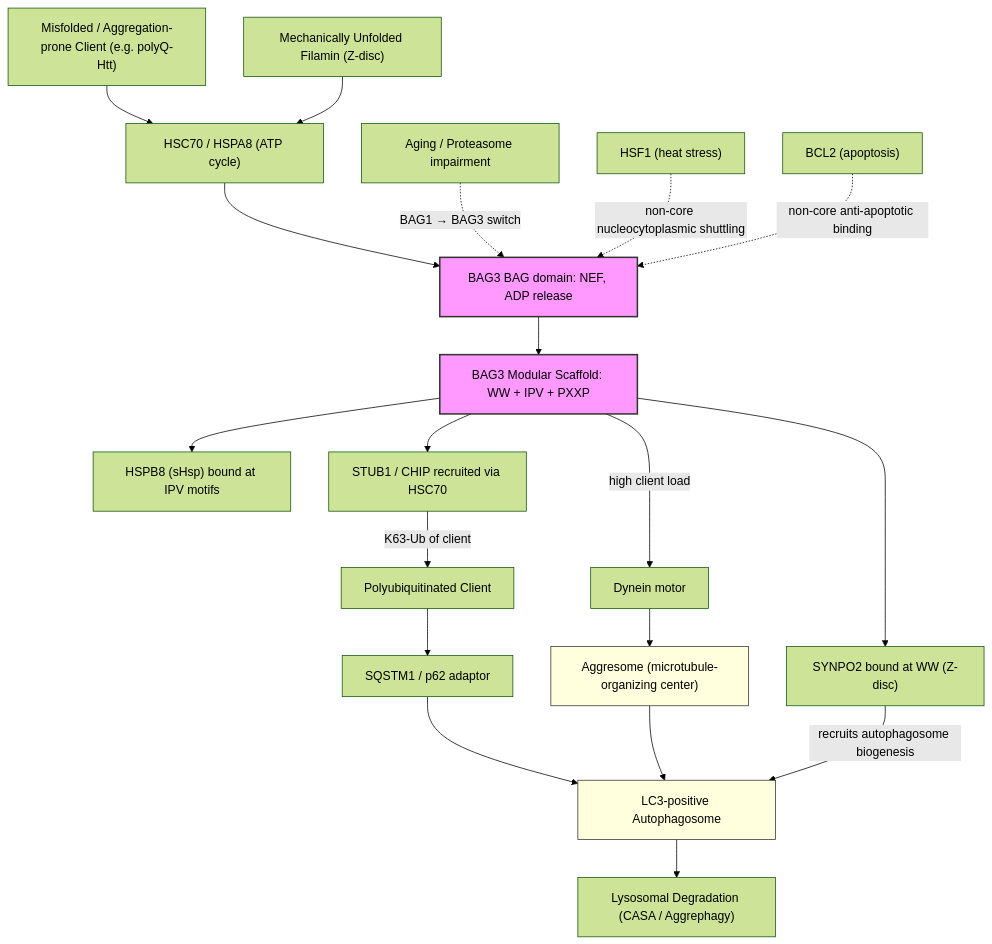
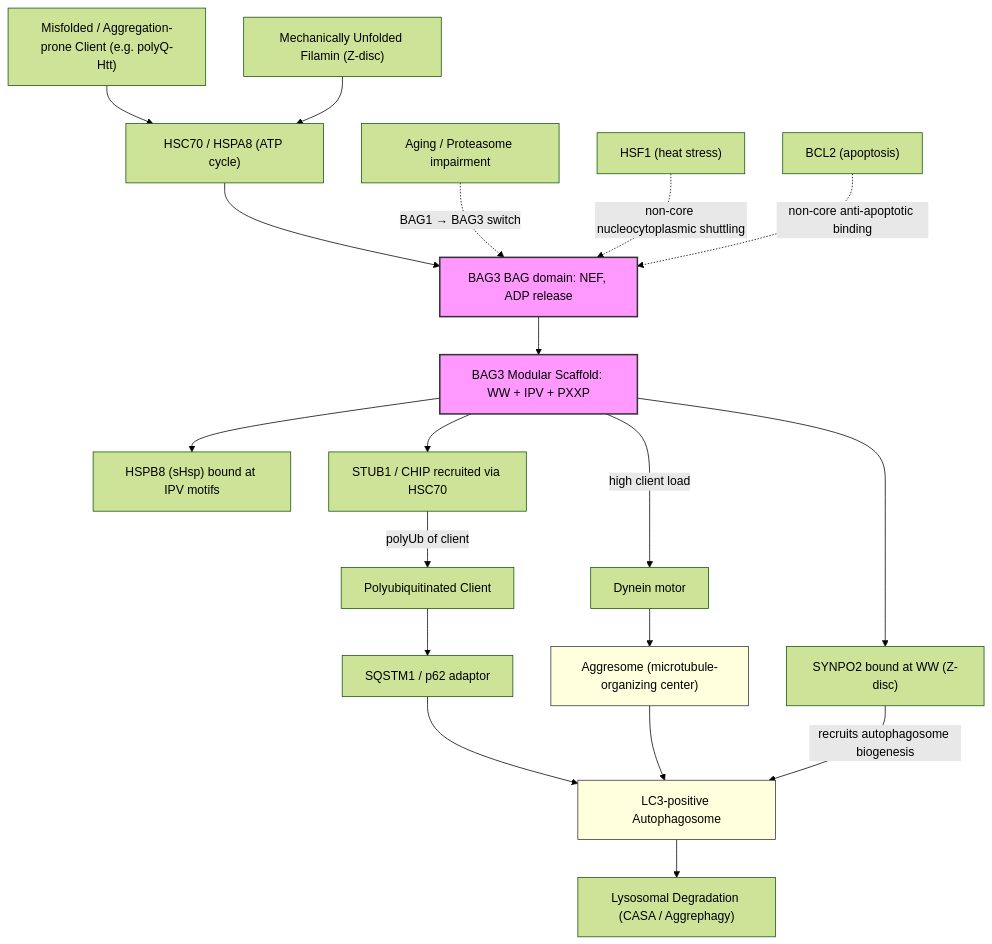
The diagram in genes/human/BAG3/BAG3-pathway.md (ai4curation/ai-gene-review), drawn with Mermaid (forest theme) before and after one commit. The commit also changed other lines of this file, not shown here.

Commit message:
Address PR #393 review: drop unsupported K63-Ub specificity, fix aggresome wording
- Mermaid diagram edge G→H: "K63-Ub of client" → "polyUb of client"
  (PMID:20060297 does not specify K63 linkage; CHIP/STUB1 produces mixed
  K48/K63 chains depending on context)
- Z-disc prose: "aggresome-like deposits" → "ectopic protein aggregates/inclusions"
  (better matches PMID:19085932's "granular debris and larger inclusions")

````diff
--- a/genes/human/BAG3/BAG3-pathway.md
+++ b/genes/human/BAG3/BAG3-pathway.md
@@ -19,32 +19,32 @@
 ```mermaid
 graph TD
     A["Misfolded / Aggregation-prone Client (e.g. polyQ-Htt)"] --> B["HSC70 / HSPA8 (ATP cycle)"]
     M["Mechanically Unfolded Filamin (Z-disc)"] --> B
 
     B --> C["BAG3 BAG domain: NEF, ADP release"]
     C --> D["BAG3 Modular Scaffold: WW + IPV + PXXP"]
 
     D --> E["HSPB8 (sHsp) bound at IPV motifs"]
     D --> F["SYNPO2 bound at WW (Z-disc)"]
     D --> G["STUB1 / CHIP recruited via HSC70"]
 
-    G -->|"K63-Ub of client"| H["Polyubiquitinated Client"]
+    G -->|"polyUb of client"| H["Polyubiquitinated Client"]
     H --> I["SQSTM1 / p62 adaptor"]
     I --> J["LC3-positive Autophagosome"]
 
     D -->|"high client load"| K["Dynein motor"]
     K --> L["Aggresome (microtubule-organizing center)"]
     L --> J
 
     F -->|"recruits autophagosome biogenesis"| J
     J --> N["Lysosomal Degradation (CASA / Aggrephagy)"]
 
     O["Aging / Proteasome impairment"] -.->|"BAG1 → BAG3 switch"| C
     P["HSF1 (heat stress)"] -.->|"non-core nucleocytoplasmic shuttling"| C
     Q["BCL2 (apoptosis)"] -.->|"non-core anti-apoptotic binding"| C
 
     style C fill:#f9f,stroke:#333,stroke-width:2px
     style D fill:#f9f,stroke:#333,stroke-width:2px
     style J fill:#ffd,stroke:#333,stroke-width:1px
     style L fill:#ffd,stroke:#333,stroke-width:1px
 ```
````
